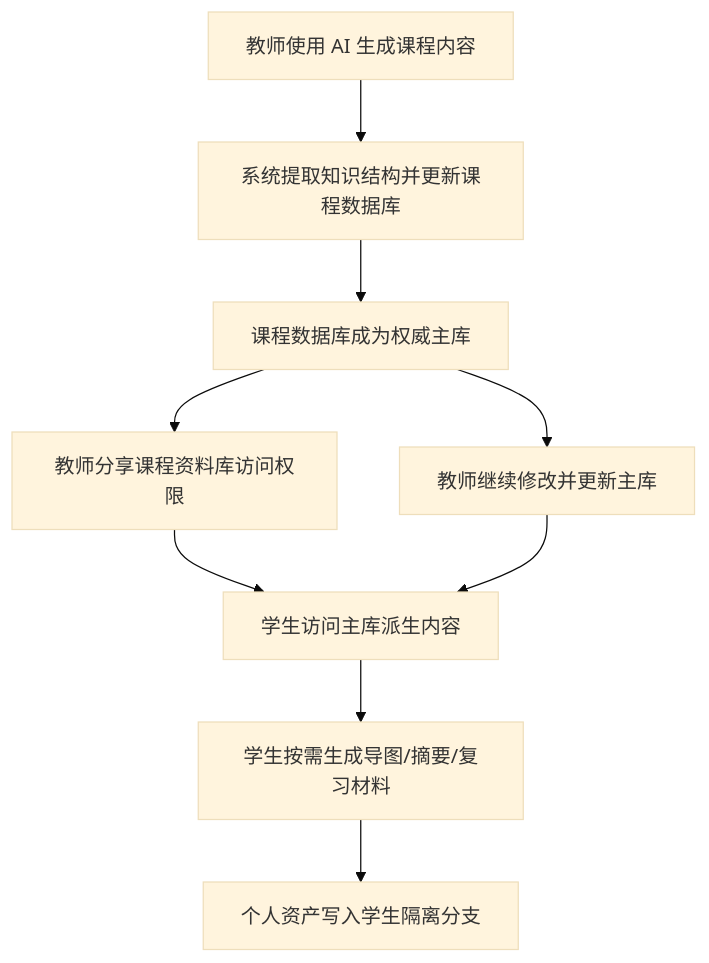
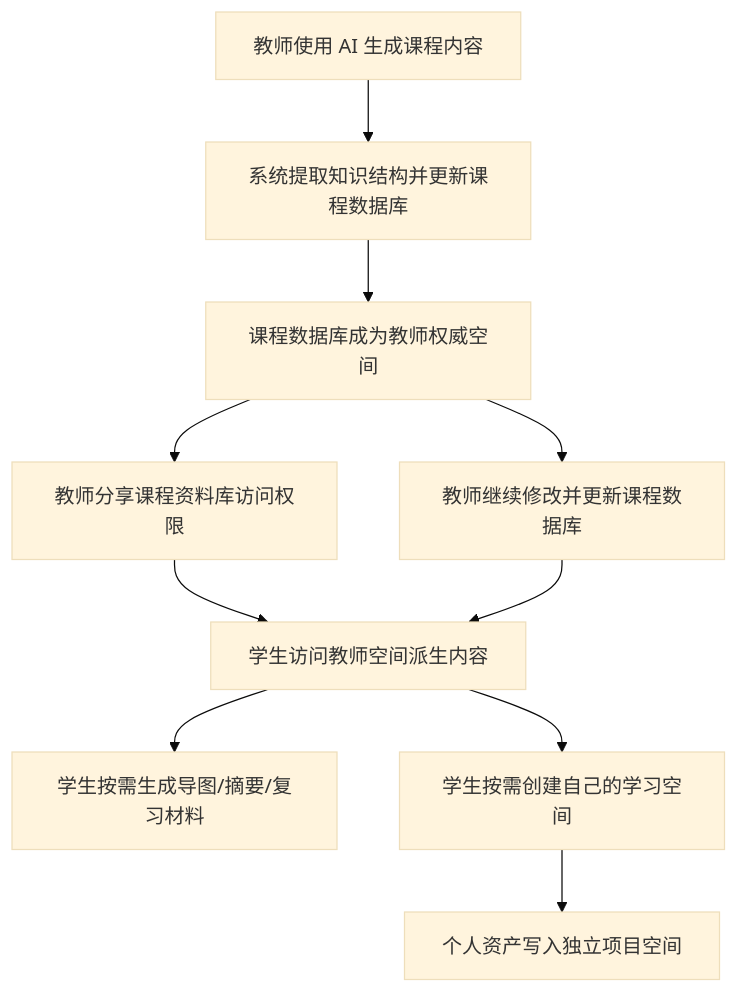
Before and after one commit to ln-one/Spectra: the second of 2 diagrams in docs/competition/05-key-technologies.md, drawn with Mermaid (base theme). The commit also changed other lines of this file and 15 other files, not shown here.

````diff
--- a/docs/competition/05-key-technologies.md
+++ b/docs/competition/05-key-technologies.md
@@ -186,11 +210,12 @@
 ```mermaid
 flowchart TD
     A["教师使用 AI 生成课程内容"] --> B["系统提取知识结构并更新课程数据库"]
-    B --> C["课程数据库成为权威主库"]
+    B --> C["课程数据库成为教师权威空间"]
     C --> D["教师分享课程资料库访问权限"]
-    D --> E["学生访问主库派生内容"]
+    D --> E["学生访问教师空间派生内容"]
     E --> F["学生按需生成导图/摘要/复习材料"]
-    F --> G["个人资产写入学生隔离分支"]
-    C --> H["教师继续修改并更新主库"]
-    H --> E
+    E --> G["学生按需创建自己的学习空间"]
+    G --> H["个人资产写入独立项目空间"]
+    C --> I["教师继续修改并更新课程数据库"]
+    I --> E
 ```
````
